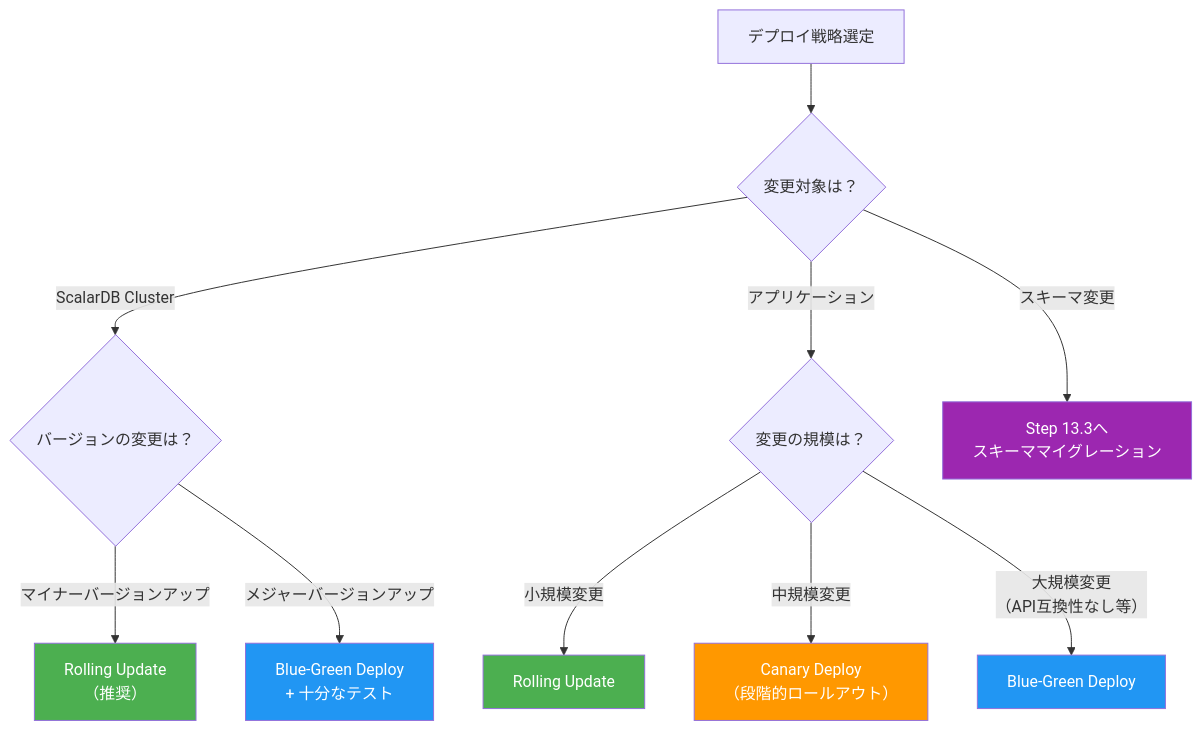
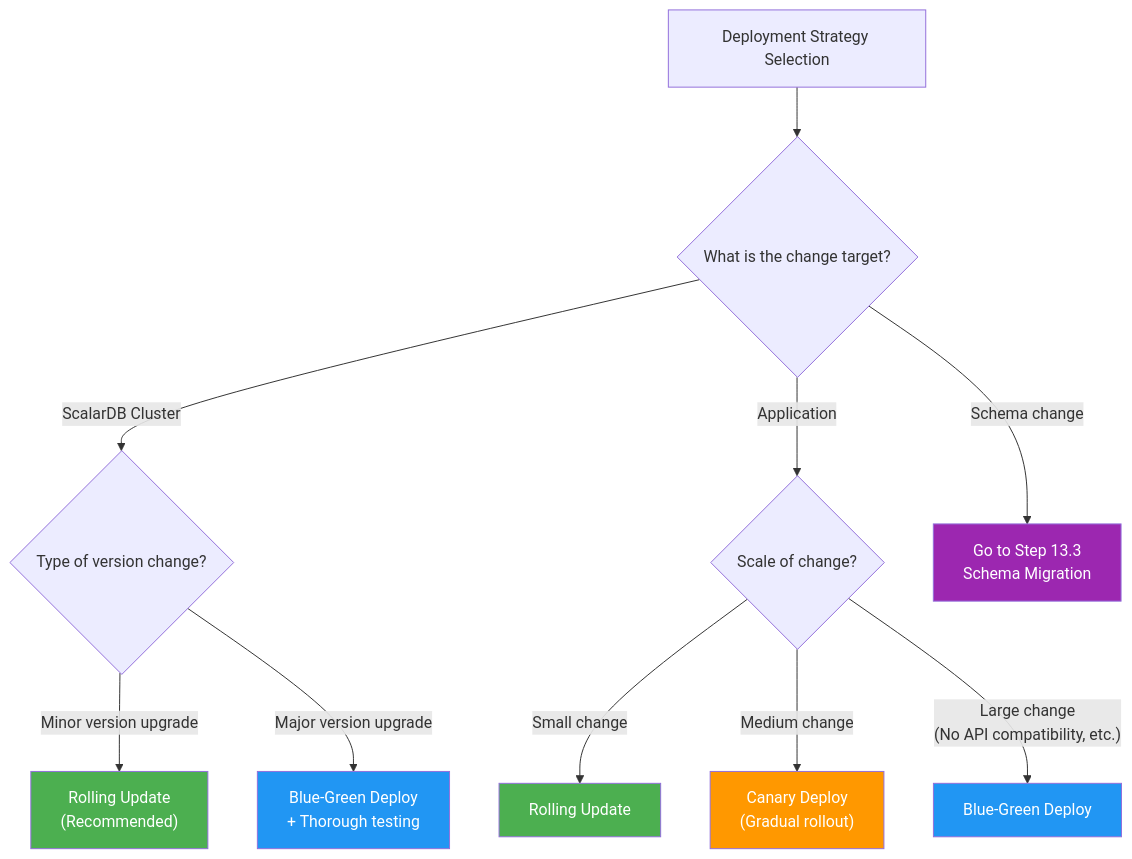
One commit to wfukatsu/nexus-architect changed the first of 4 diagrams in workflow/greenfield/13_deployment_rollout.md. Above: the diagram before and after it, drawn with Mermaid. The commit also changed other lines of this file and 1 other file, not shown here.

````diff
--- a/workflow/greenfield/13_deployment_rollout.md
+++ b/workflow/greenfield/13_deployment_rollout.md
@@ -53,22 +53,22 @@
 ```mermaid
 flowchart TD
-    START["デプロイ戦略選定"] --> Q1{変更対象は？}
+    START["Deployment Strategy Selection"] --> Q1{What is the change target?}
 
-    Q1 -->|"ScalarDB Cluster"| Q2{バージョンの変更は？}
-    Q1 -->|"アプリケーション"| Q3{変更の規模は？}
-    Q1 -->|"スキーマ変更"| SCHEMA["Step 13.3へ<br/>スキーママイグレーション"]
+    Q1 -->|"ScalarDB Cluster"| Q2{Type of version change?}
+    Q1 -->|"Application"| Q3{Scale of change?}
+    Q1 -->|"Schema change"| SCHEMA["Go to Step 13.3<br/>Schema Migration"]
 
-    Q2 -->|"マイナーバージョンアップ"| ROLLING_SCALARDB["Rolling Update<br/>（推奨）"]
-    Q2 -->|"メジャーバージョンアップ"| BLUEGREEN_SCALARDB["Blue-Green Deploy<br/>+ 十分なテスト"]
+    Q2 -->|"Minor version upgrade"| ROLLING_SCALARDB["Rolling Update<br/>(Recommended)"]
+    Q2 -->|"Major version upgrade"| BLUEGREEN_SCALARDB["Blue-Green Deploy<br/>+ Thorough testing"]
 
-    Q3 -->|"小規模変更"| ROLLING_APP["Rolling Update"]
-    Q3 -->|"中規模変更"| CANARY_APP["Canary Deploy<br/>（段階的ロールアウト）"]
-    Q3 -->|"大規模変更<br/>（API互換性なし等）"| BLUEGREEN_APP["Blue-Green Deploy"]
+    Q3 -->|"Small change"| ROLLING_APP["Rolling Update"]
+    Q3 -->|"Medium change"| CANARY_APP["Canary Deploy<br/>(Gradual rollout)"]
+    Q3 -->|"Large change<br/>(No API compatibility, etc.)"| BLUEGREEN_APP["Blue-Green Deploy"]
 
     style ROLLING_SCALARDB fill:#4CAF50,color:#fff
     style BLUEGREEN_SCALARDB fill:#2196F3,color:#fff
     style ROLLING_APP fill:#4CAF50,color:#fff
     style CANARY_APP fill:#FF9800,color:#fff
     style BLUEGREEN_APP fill:#2196F3,color:#fff
     style SCHEMA fill:#9C27B0,color:#fff
 ```
````
